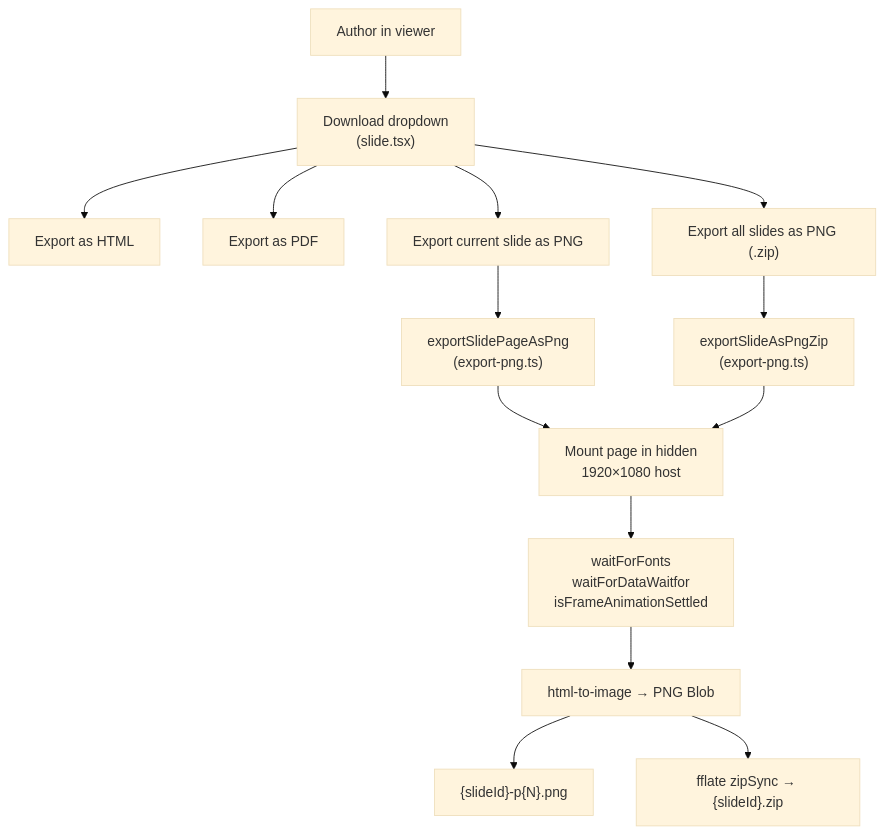
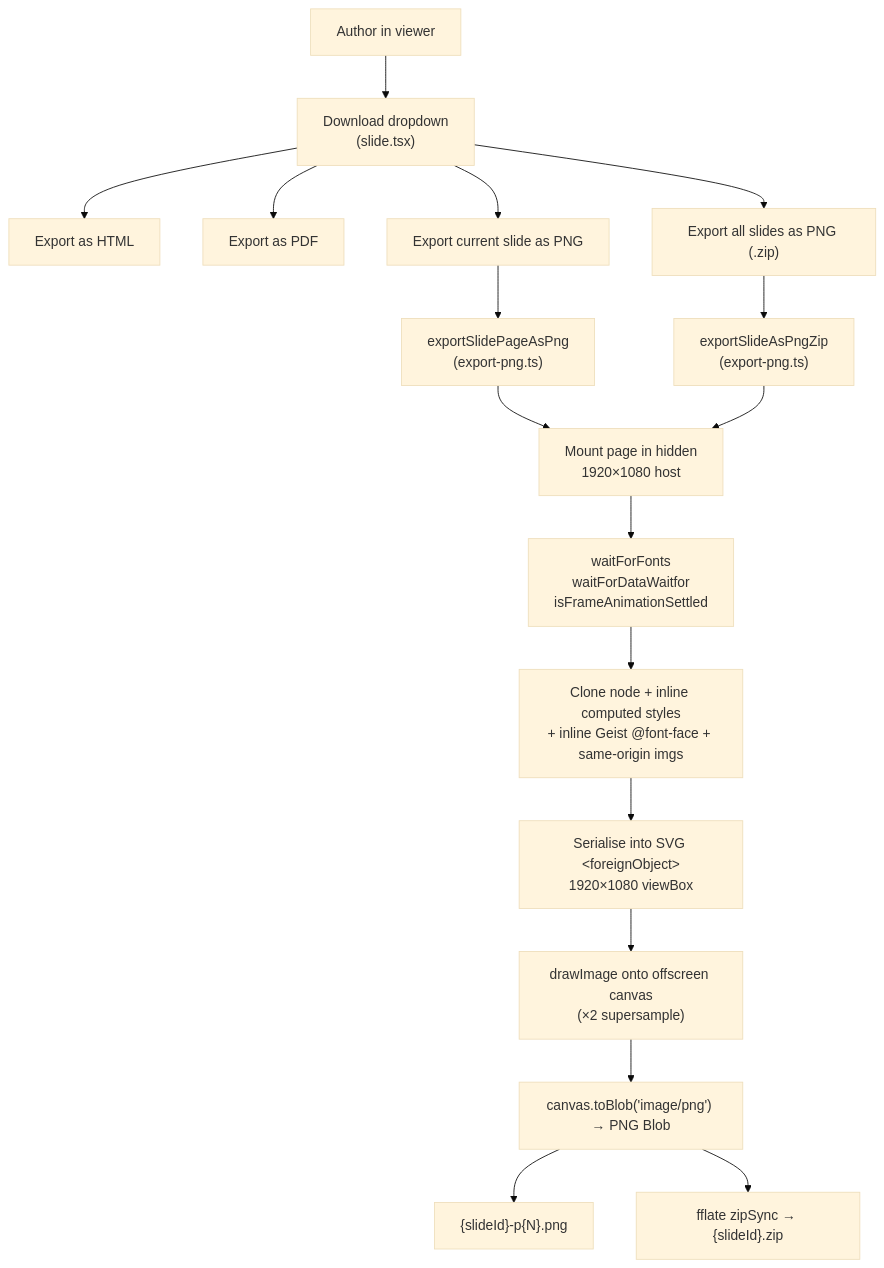
The second of 3 diagrams in docs/cr/CR-0001-export-slides-as-png.md (1weiho/open-slide), drawn with Mermaid (base theme) before and after one commit. The commit also changed other lines of this file, not shown here.

````diff
--- a/docs/cr/CR-0001-export-slides-as-png.md
+++ b/docs/cr/CR-0001-export-slides-as-png.md
@@ -113,16 +130,19 @@
 ```mermaid
 flowchart TD
     User[Author in viewer] --> Dropdown["Download dropdown<br/>(slide.tsx)"]
     Dropdown --> HtmlItem["Export as HTML"]
     Dropdown --> PdfItem["Export as PDF"]
     Dropdown --> PngCurrent["Export current slide as PNG"]
     Dropdown --> PngAll["Export all slides as PNG (.zip)"]
     PngCurrent --> ExportPng["exportSlidePageAsPng<br/>(export-png.ts)"]
     PngAll --> ExportPngAll["exportSlideAsPngZip<br/>(export-png.ts)"]
     ExportPng --> Mount["Mount page in hidden<br/>1920×1080 host"]
     ExportPngAll --> Mount
     Mount --> Wait["waitForFonts<br/>waitForDataWaitfor<br/>isFrameAnimationSettled"]
-    Wait --> Rasterise["html-to-image → PNG Blob"]
-    Rasterise --> Single["{slideId}-p{N}.png"]
-    Rasterise --> ZipAll["fflate zipSync → {slideId}.zip"]
+    Wait --> Clone["Clone node + inline computed styles<br/>+ inline Geist @font-face + same-origin imgs"]
+    Clone --> SvgFo["Serialise into SVG &lt;foreignObject&gt;<br/>1920×1080 viewBox"]
+    SvgFo --> Canvas["drawImage onto offscreen canvas<br/>(×2 supersample)"]
+    Canvas --> Blob["canvas.toBlob('image/png') → PNG Blob"]
+    Blob --> Single["{slideId}-p{N}.png"]
+    Blob --> ZipAll["fflate zipSync → {slideId}.zip"]
 ```
````
